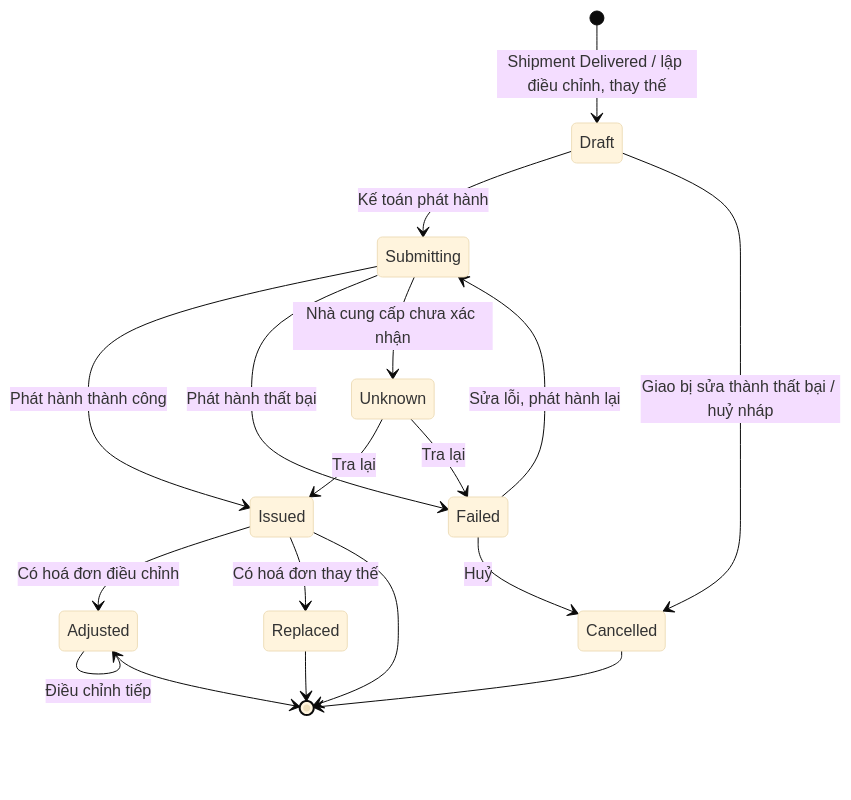
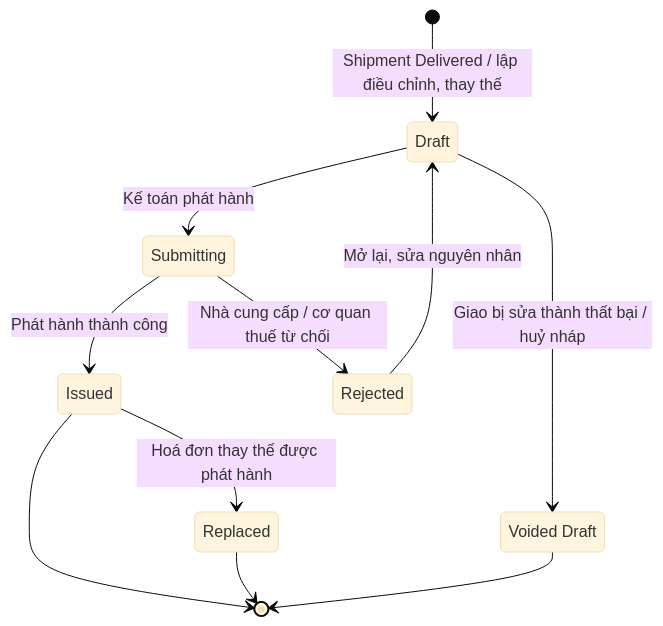
Before and after one commit to KLTN-FA26/docs: diagram 18 of 18 in docs/diagrams/README.md, drawn with Mermaid (base theme). The commit also changed other lines of this file and 5 other files, not shown here.

````diff
--- a/docs/diagrams/README.md
+++ b/docs/diagrams/README.md
@@ -781,20 +777,14 @@
 ```mermaid
 stateDiagram-v2
     [*] --> Draft: Shipment Delivered / lập điều chỉnh, thay thế
     Draft --> Submitting: Kế toán phát hành
-    Draft --> Cancelled: Giao bị sửa thành thất bại / huỷ nháp
+    state "Voided Draft" as VoidedDraft
+    Draft --> VoidedDraft: Giao bị sửa thành thất bại / huỷ nháp
     Submitting --> Issued: Phát hành thành công
-    Submitting --> Failed: Phát hành thất bại
-    Submitting --> Unknown: Nhà cung cấp chưa xác nhận
-    Failed --> Submitting: Sửa lỗi, phát hành lại
-    Failed --> Cancelled: Huỷ
-    Unknown --> Issued: Tra lại
-    Unknown --> Failed: Tra lại
-    Issued --> Adjusted: Có hoá đơn điều chỉnh
-    Adjusted --> Adjusted: Điều chỉnh tiếp
-    Issued --> Replaced: Có hoá đơn thay thế
+    Submitting --> Rejected: Nhà cung cấp / cơ quan thuế từ chối
+    Rejected --> Draft: Mở lại, sửa nguyên nhân
+    Issued --> Replaced: Hoá đơn thay thế được phát hành
     Issued --> [*]
-    Adjusted --> [*]
     Replaced --> [*]
-    Cancelled --> [*]
+    VoidedDraft --> [*]
 ```
````
